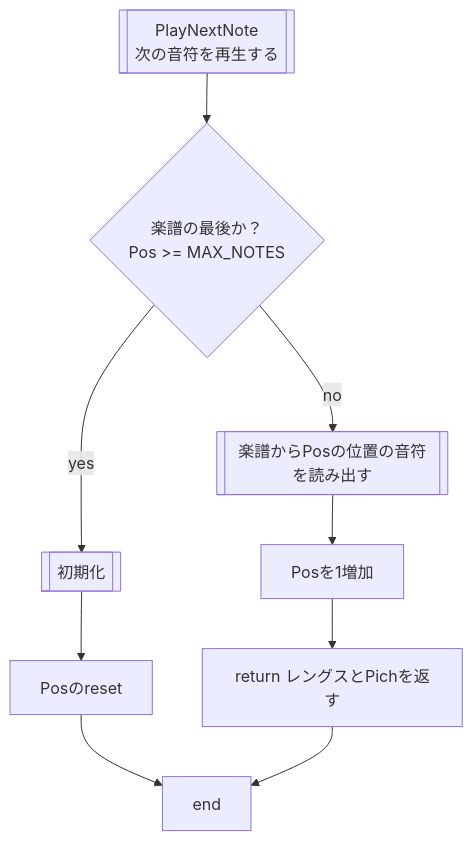
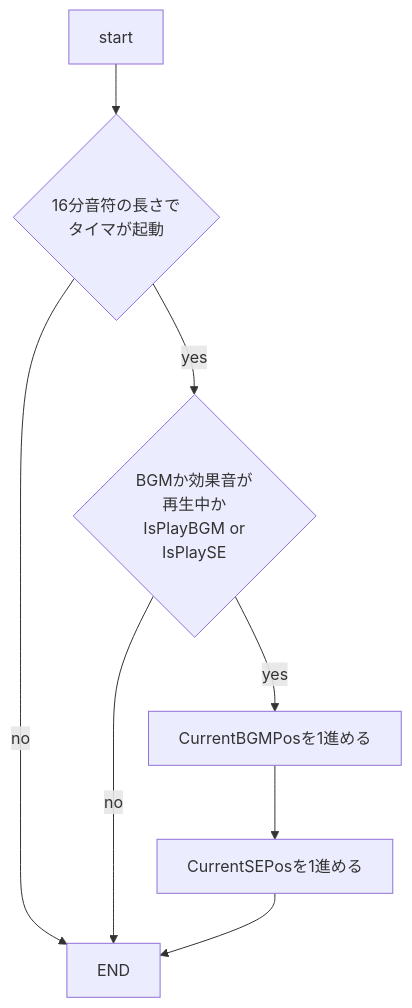
One commit to hakohumi/comp.train.whack-a-mole changed the third of 8 diagrams in 資料/仕様書/仕様_オーディオ.md. Above: the diagram before and after it, drawn with Mermaid. The commit also changed other lines of this file, not shown here.

````diff
--- a/資料/仕様書/仕様_オーディオ.md
+++ b/資料/仕様書/仕様_オーディオ.md
@@ -222,21 +258,19 @@
 ```mermaid
 
 graph TD
 
-incpos[Posを1増加]
-ifLastPos{"楽譜の最後か？<br>Pos >= MAX_NOTES"}
+start[start] --> Notelength16th{"16分音符の長さで<br>タイマが起動"}
 
-PlayNextNote[["PlayNextNote<br>次の音符を再生する"]] --> ifLastPos
-ifLastPos --> |yes| reset[[初期化]]
-reset --> reset_pos[Posのreset]
-reset_pos --> EndFlow[end]
+Notelength16th -->|yes| if1{BGMか効果音が<br>再生中か<br>IsPlayBGM or<br>IsPlaySE}
 
-ifLastPos --> |no| ReadSheetMusic[["楽譜からPosの位置の音符を読み出す"]]
+Notelength16th -->|no| EndFlow
 
-ReadSheetMusic --> incpos
-incpos --> return[return レングスとPichを返す]
+if1 -->|yes| incCurrentBGMPos[CurrentBGMPosを1進める]
 
-return --> EndFlow
+if1  -->|no| EndFlow
 
+incCurrentBGMPos --> incCurrentSEPos
+
+incCurrentSEPos[CurrentSEPosを1進める] --> EndFlow[END]
 
 ```
````
